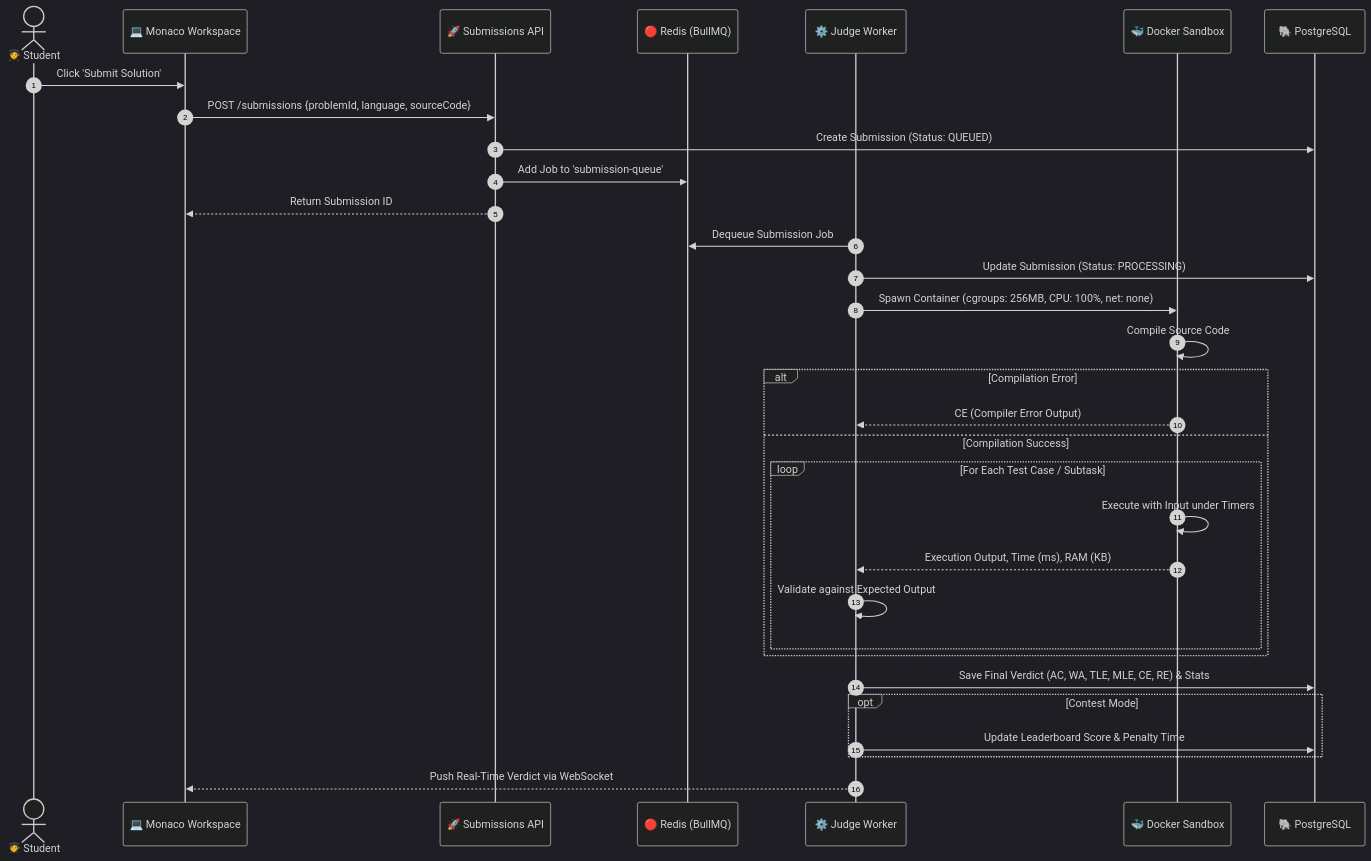
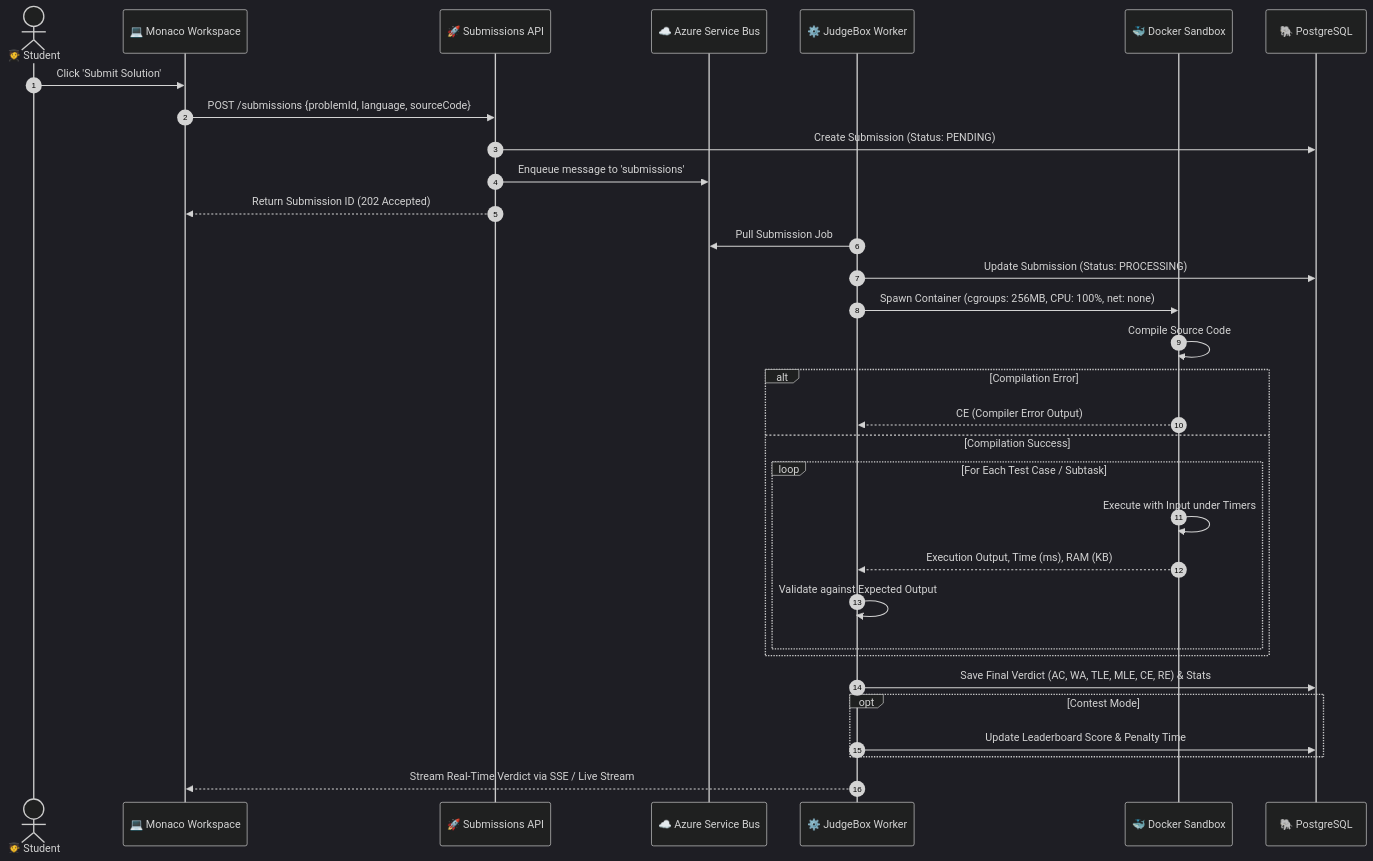
One commit to saahil0708/techlearns-portal changed the fifth of 7 diagrams in docs/ARCHITECTURE.md. Above: the diagram before and after it, drawn with Mermaid (dark theme). The commit also changed other lines of this file and 85 other files, not shown here.

Commit message:
feat(core): enhance full-stack platform stability, Azure Service Bus judge queue, and standalone judgebox package

````diff
--- a/docs/ARCHITECTURE.md
+++ b/docs/ARCHITECTURE.md
@@ -171,38 +172,38 @@
 ```mermaid
 sequenceDiagram
     autonumber
     actor Student as 🧑‍🎓 Student
     participant IDE as 💻 Monaco Workspace
     participant API as 🚀 Submissions API
-    participant Redis as 🔴 Redis (BullMQ)
-    participant Worker as ⚙️ Judge Worker
+    participant SB as ☁️ Azure Service Bus
+    participant Worker as ⚙️ JudgeBox Worker
     participant Docker as 🐳 Docker Sandbox
     participant DB as 🐘 PostgreSQL
 
     Student->>IDE: Click 'Submit Solution'
     IDE->>API: POST /submissions {problemId, language, sourceCode}
-    API->>DB: Create Submission (Status: QUEUED)
-    API->>Redis: Add Job to 'submission-queue'
-    API-->>IDE: Return Submission ID
+    API->>DB: Create Submission (Status: PENDING)
+    API->>SB: Enqueue message to 'submissions'
+    API-->>IDE: Return Submission ID (202 Accepted)
     
-    Worker->>Redis: Dequeue Submission Job
+    Worker->>SB: Pull Submission Job
     Worker->>DB: Update Submission (Status: PROCESSING)
     
     Worker->>Docker: Spawn Container (cgroups: 256MB, CPU: 100%, net: none)
     Docker->>Docker: Compile Source Code
     alt Compilation Error
         Docker-->>Worker: CE (Compiler Error Output)
     else Compilation Success
         loop For Each Test Case / Subtask
             Docker->>Docker: Execute with Input under Timers
             Docker-->>Worker: Execution Output, Time (ms), RAM (KB)
             Worker->>Worker: Validate against Expected Output
         end
     end
     
     Worker->>DB: Save Final Verdict (AC, WA, TLE, MLE, CE, RE) & Stats
     opt Contest Mode
         Worker->>DB: Update Leaderboard Score & Penalty Time
     end
-    Worker-->>IDE: Push Real-Time Verdict via WebSocket
+    Worker-->>IDE: Stream Real-Time Verdict via SSE / Live Stream
 ```
````
